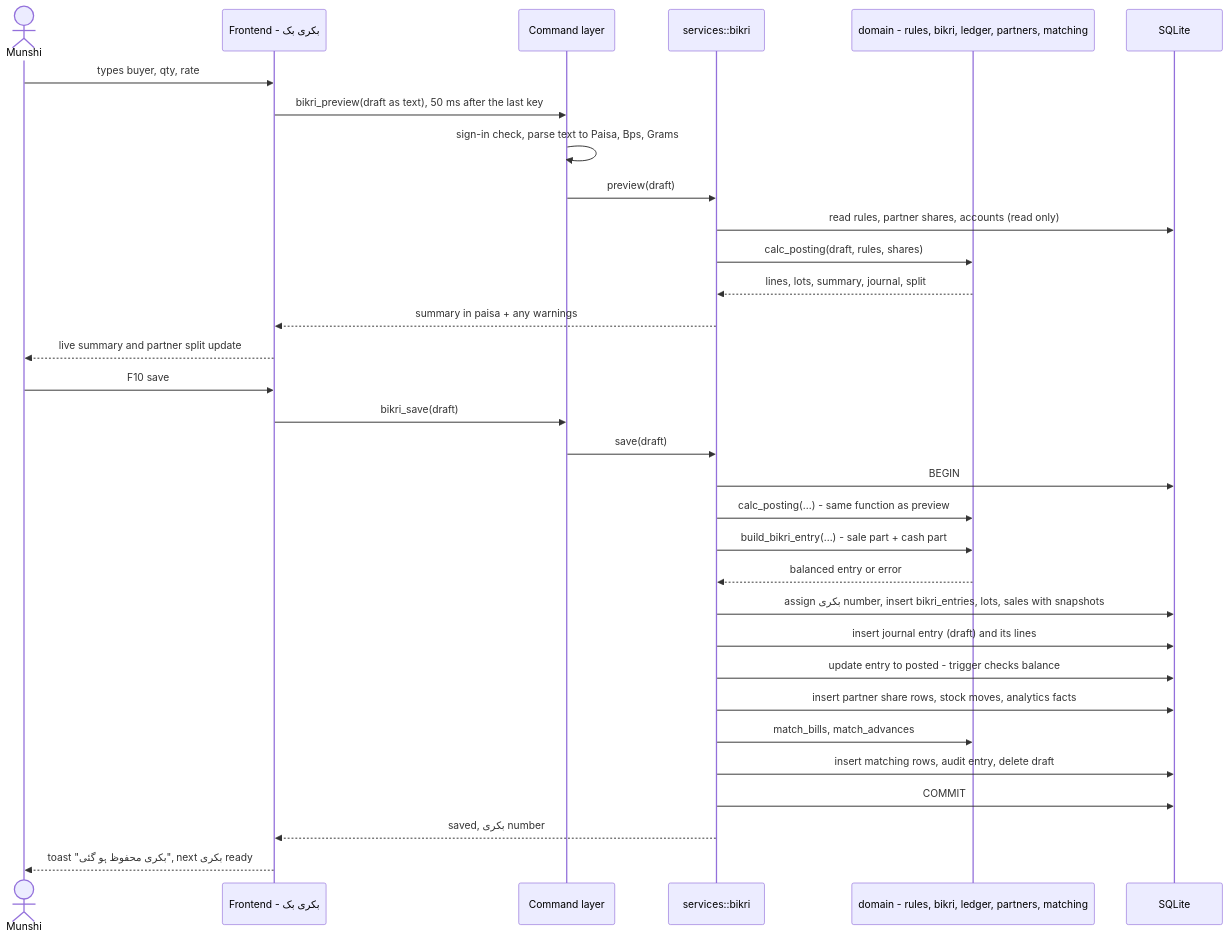
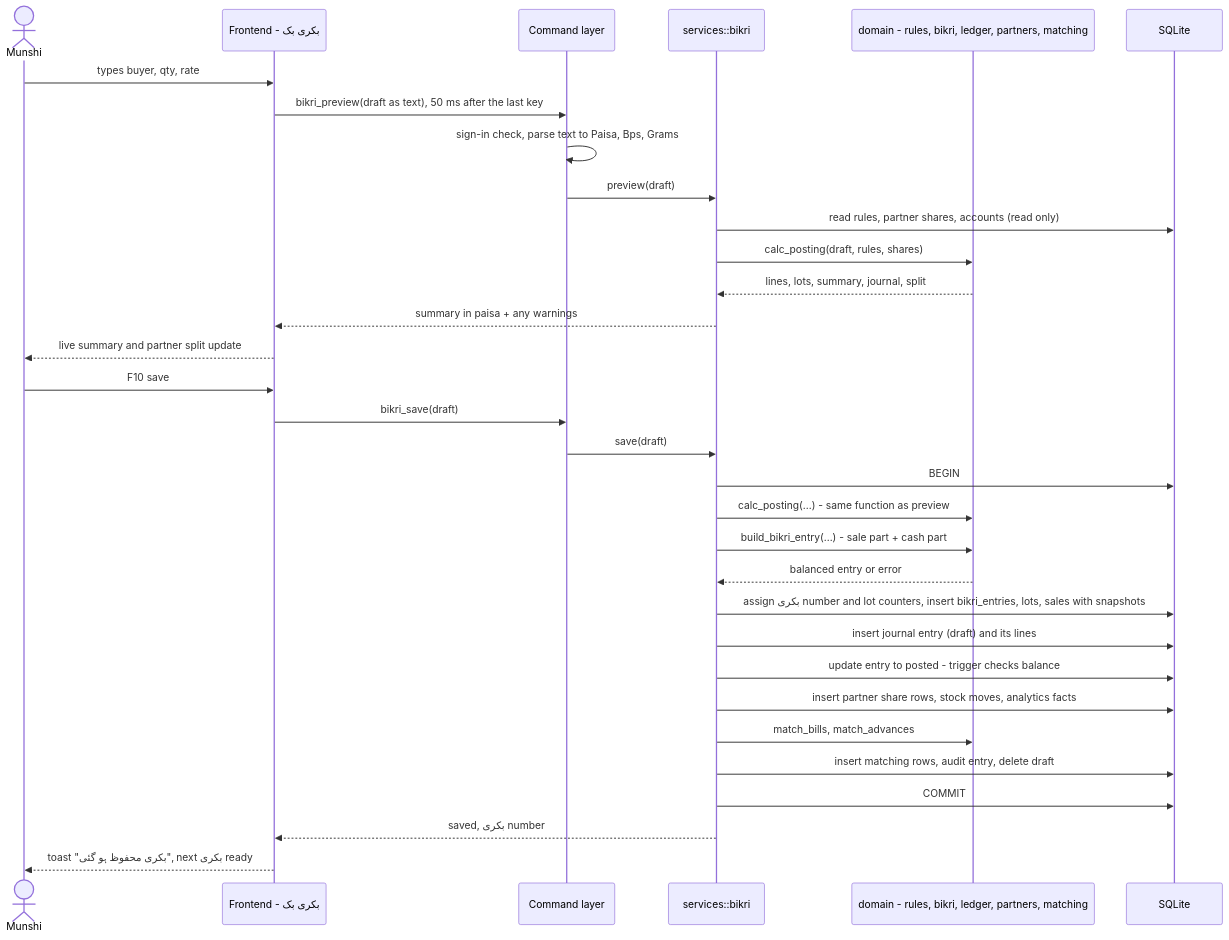
The eighth of 28 diagrams in .claude/rules/Architecture_v1.md (FaisalHanif12/Fruits-Mandi-Software), drawn with Mermaid before and after one commit. The commit also changed other lines of this file and 10 other files, not shown here.

First line of the commit message:
docs(requirements): PRD v1.34, lot names with a counter and a simple بکری header

````diff
--- a/.claude/rules/Architecture_v1.md
+++ b/.claude/rules/Architecture_v1.md
@@ -331,36 +331,36 @@
 ```mermaid
 sequenceDiagram
     actor U as Munshi
     participant FE as Frontend - بکری بک
     participant CMD as Command layer
     participant SVC as services::bikri
     participant DOM as domain - rules, bikri, ledger, partners, matching
     participant DB as SQLite
 
     U->>FE: types buyer, qty, rate
     FE->>CMD: bikri_preview(draft as text), 50 ms after the last key
     CMD->>CMD: sign-in check, parse text to Paisa, Bps, Grams
     CMD->>SVC: preview(draft)
     SVC->>DB: read rules, partner shares, accounts (read only)
     SVC->>DOM: calc_posting(draft, rules, shares)
     DOM-->>SVC: lines, lots, summary, journal, split
     SVC-->>FE: summary in paisa + any warnings
     FE-->>U: live summary and partner split update
 
     U->>FE: F10 save
     FE->>CMD: bikri_save(draft)
     CMD->>SVC: save(draft)
     SVC->>DB: BEGIN
     SVC->>DOM: calc_posting(...) - same function as preview
     SVC->>DOM: build_bikri_entry(...) - sale part + cash part
     DOM-->>SVC: balanced entry or error
-    SVC->>DB: assign بکری number, insert bikri_entries, lots, sales with snapshots
+    SVC->>DB: assign بکری number and lot counters, insert bikri_entries, lots, sales with snapshots
     SVC->>DB: insert journal entry (draft) and its lines
     SVC->>DB: update entry to posted - trigger checks balance
     SVC->>DB: insert partner share rows, stock moves, analytics facts
     SVC->>DOM: match_bills, match_advances
     SVC->>DB: insert matching rows, audit entry, delete draft
     SVC->>DB: COMMIT
     SVC-->>FE: saved, بکری number
     FE-->>U: toast "بکری محفوظ ہو گئی", next بکری ready
 ```
````
